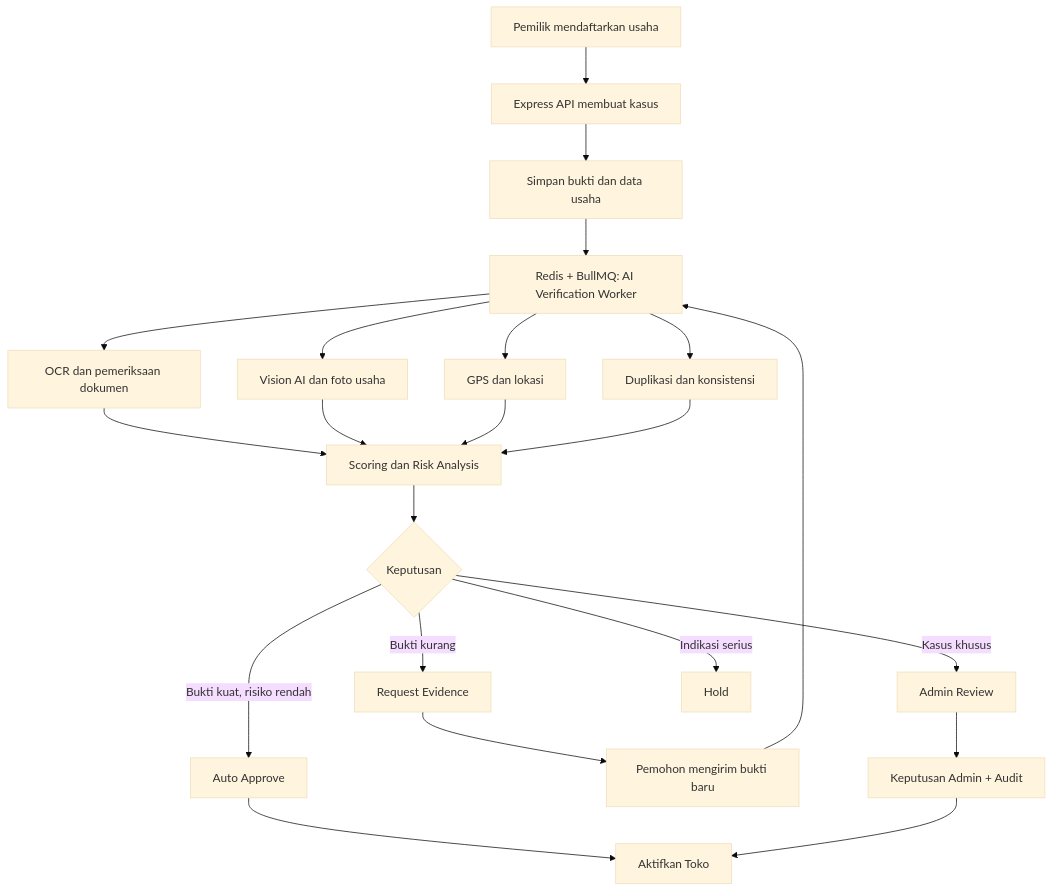
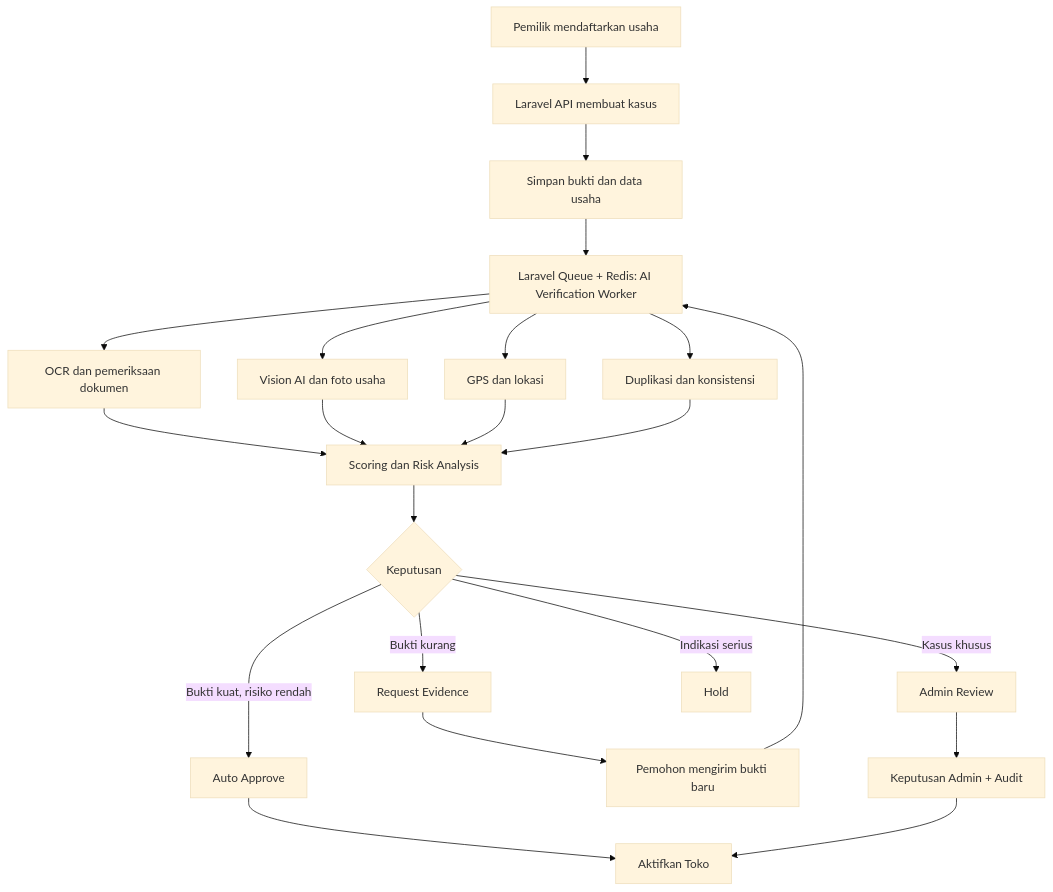
Before and after one commit to Ahmad-daniyal/sedek_aget: the diagram in konteks/konsep.md, drawn with Mermaid (base theme). The commit also changed other lines of this file and 120 other files, not shown here.

````diff
--- a/konteks/konsep.md
+++ b/konteks/konsep.md
@@ -554,24 +561,24 @@
 ```mermaid
 flowchart TD
-    A[Pemilik mendaftarkan usaha] --> B[Express API membuat kasus]
+    A[Pemilik mendaftarkan usaha] --> B[Laravel API membuat kasus]
     B --> C[Simpan bukti dan data usaha]
-    C --> D[Redis + BullMQ: AI Verification Worker]
+    C --> D[Laravel Queue + Redis: AI Verification Worker]
     D --> E[OCR dan pemeriksaan dokumen]
     D --> F[Vision AI dan foto usaha]
     D --> G[GPS dan lokasi]
     D --> H[Duplikasi dan konsistensi]
     E --> I[Scoring dan Risk Analysis]
     F --> I
     G --> I
     H --> I
     I --> J{Keputusan}
     J -->|Bukti kuat, risiko rendah| K[Auto Approve]
     J -->|Bukti kurang| L[Request Evidence]
     J -->|Kasus khusus| M[Admin Review]
     J -->|Indikasi serius| N[Hold]
     L --> O[Pemohon mengirim bukti baru]
     O --> D
     M --> P[Keputusan Admin + Audit]
     K --> Q[Aktifkan Toko]
     P --> Q
 ```
````
